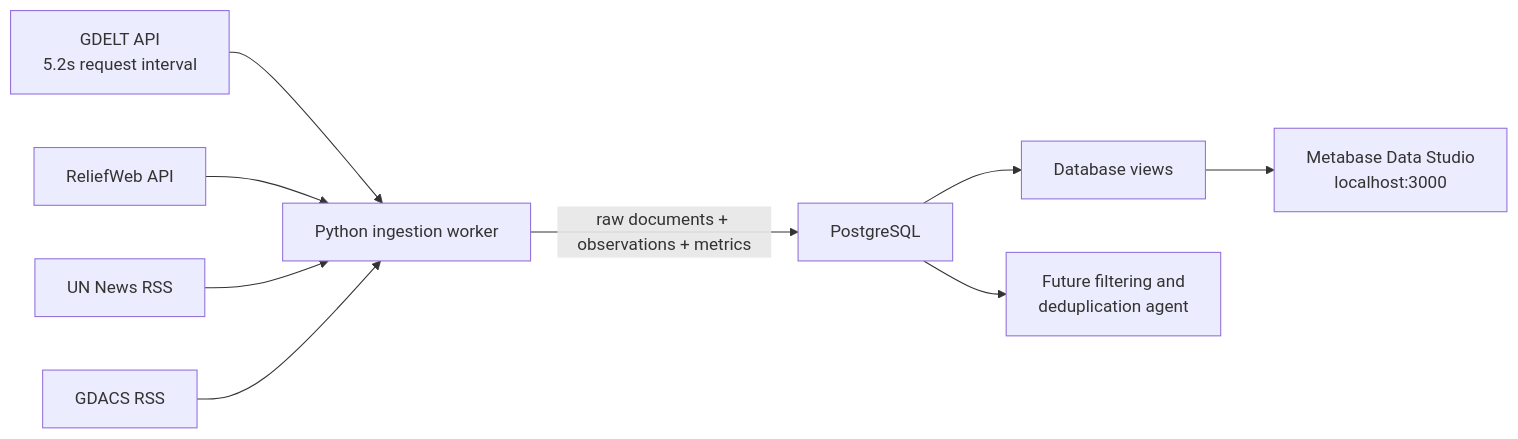
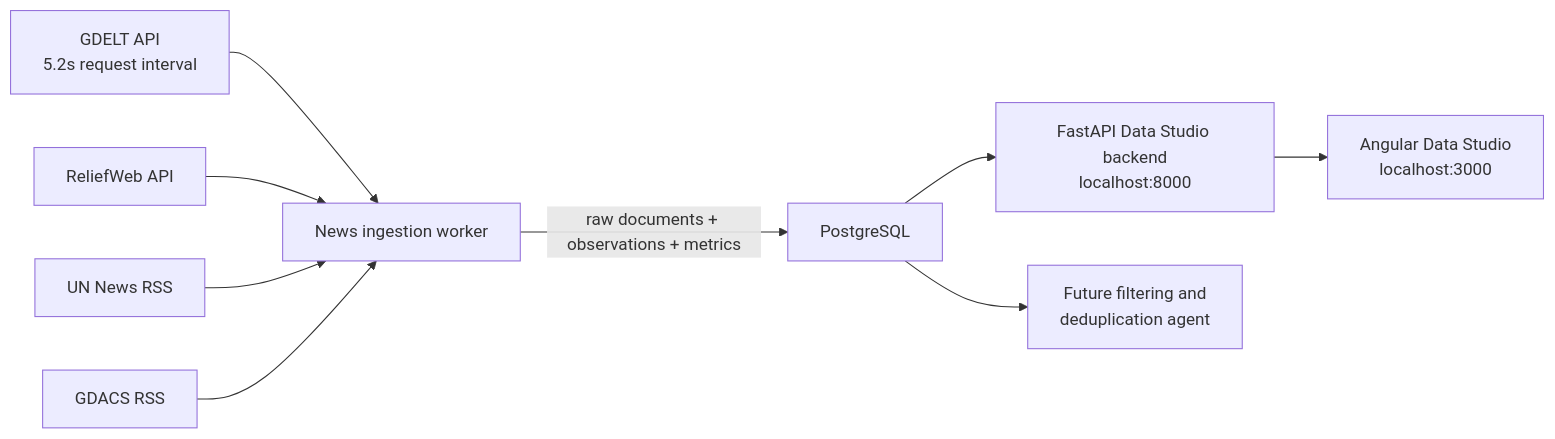
The diagram in README.md (MostafaShehata/strategic-risk-radar), drawn with Mermaid before and after one commit. The commit also changed other lines of this file and 63 other files, not shown here.

Commit message:
Add incremental ingestion windows and custom data studio

````diff
--- a/README.md
+++ b/README.md
@@ -14,11 +15,11 @@
 ```mermaid
 flowchart LR
-    G["GDELT API<br/>5.2s request interval"] --> P["Python ingestion worker"]
+    G["GDELT API<br/>5.2s request interval"] --> P["News ingestion worker"]
     R["ReliefWeb API"] --> P
     U["UN News RSS"] --> P
     D["GDACS RSS"] --> P
     P -->|"raw documents + observations + metrics"| DB["PostgreSQL"]
-    DB --> V["Database views"]
-    V --> M["Metabase Data Studio<br/>localhost:3000"]
+    DB --> B["FastAPI Data Studio backend<br/>localhost:8000"]
+    B --> A["Angular Data Studio<br/>localhost:3000"]
     DB --> N["Future filtering and<br/>deduplication agent"]
 ```
````
